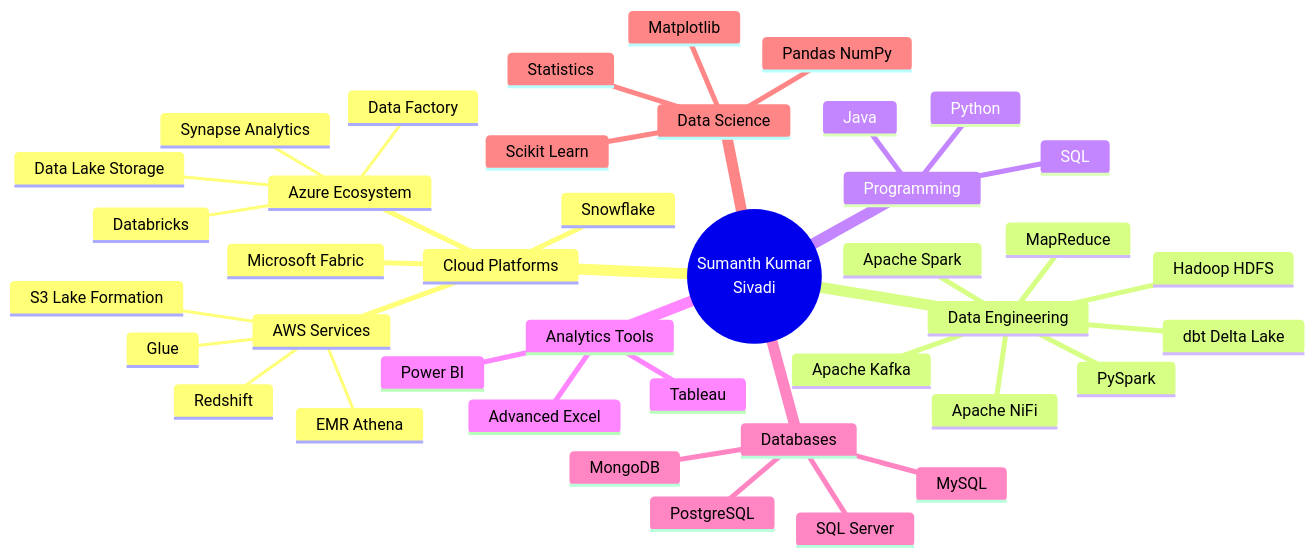
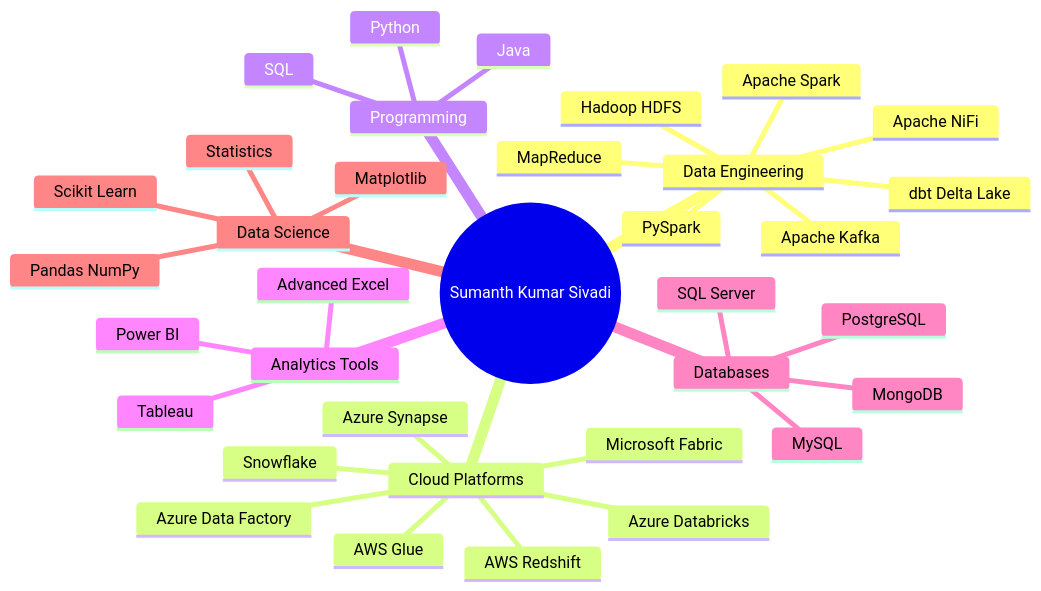
The third of 3 diagrams in README.md (SumanthKumar00/SumanthKumar00), drawn with Mermaid before and after one commit.

````diff
--- a/README.md
+++ b/README.md
@@ -178,43 +178,38 @@
 ```mermaid
 mindmap
-  root((Sumanth Kumar<br/>Sivadi))
-    Cloud Platforms
-      Azure Ecosystem
-        Data Factory
-        Synapse Analytics
-        Databricks
-        Data Lake Storage
-      AWS Services
-        Glue
-        Redshift
-        S3 Lake Formation
-        EMR Athena
-      Snowflake
-      Microsoft Fabric
+  root((Sumanth Kumar Sivadi))
     Data Engineering
       Apache Spark
       PySpark
       Hadoop HDFS
       MapReduce
       Apache Kafka
       Apache NiFi
       dbt Delta Lake
+    Cloud Platforms
+      Azure Data Factory
+      Azure Synapse
+      Azure Databricks
+      AWS Glue
+      AWS Redshift
+      Snowflake
+      Microsoft Fabric
     Programming
       Python
       SQL
       Java
     Analytics Tools
       Tableau
       Power BI
       Advanced Excel
     Databases
       SQL Server
       PostgreSQL
       MySQL
       MongoDB
     Data Science
       Pandas NumPy
       Scikit Learn
       Matplotlib
       Statistics
 ```
````
